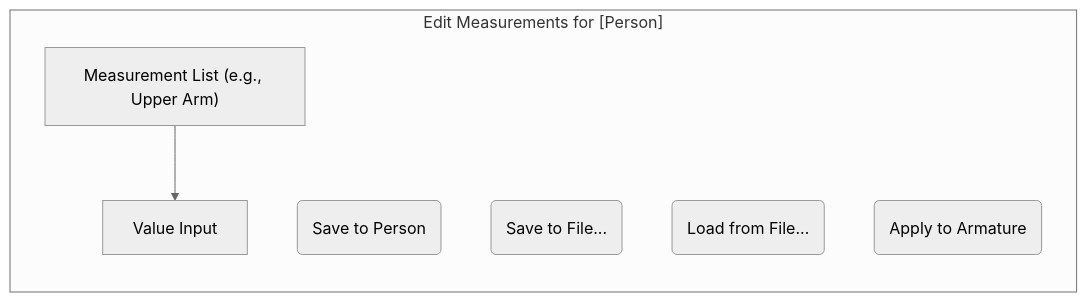
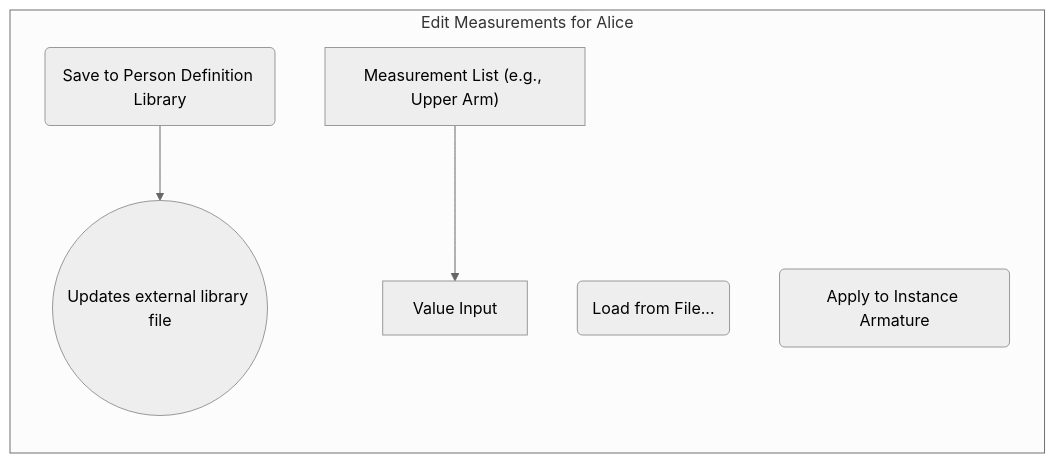
The sixth of 7 diagrams in design.md (hkaimio/PoseEdit), drawn with Mermaid (neutral theme) before and after one commit. The commit also changed other lines of this file, not shown here.

Commit message:
design: Separate person measurements from isntance in blend file

````diff
--- a/design.md
+++ b/design.md
@@ -365,14 +270,13 @@
 ```mermaid
 graph TD
-    subgraph "Edit Measurements for [Person]"
+    subgraph "Edit Measurements for Alice"
         direction TB
         A["Measurement List (e.g., Upper Arm)"]
         B["Value Input"]
-        C(Save to Person)
-        D(Save to File...)
-        E(Load from File...)
-        F(Apply to Armature)
+        C(Save to Person Definition Library) --> D((Updates external library file));
+        E(Load from File...) 
+        F(Apply to Instance Armature)
 
         A --> B;
     end
 ```
````
